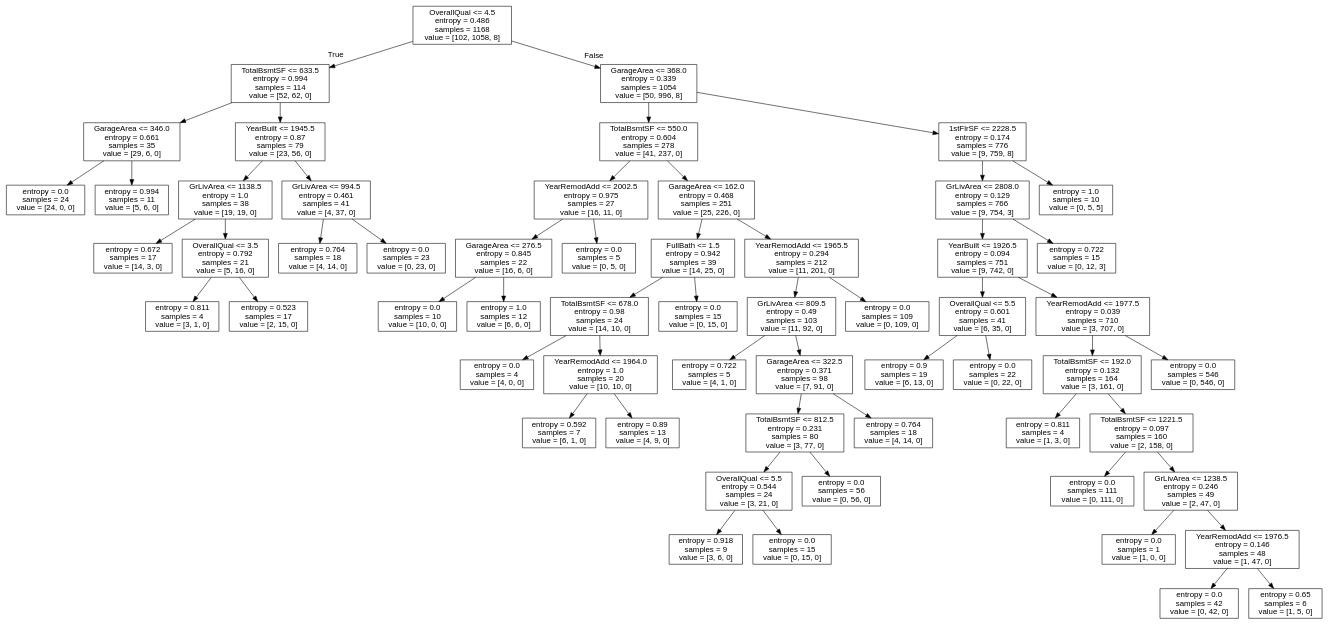
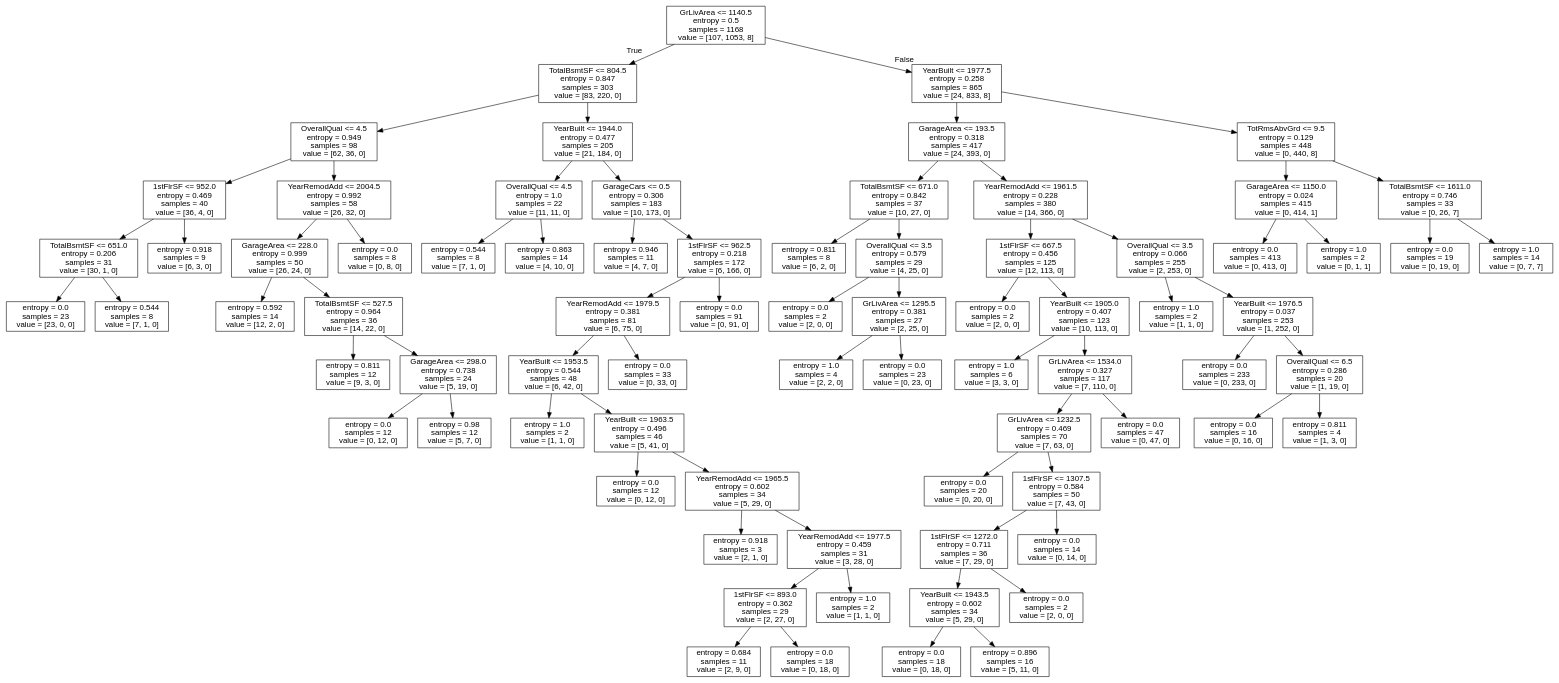
One commit to genomorro/unir changed the diagram in out/tree_dc.dot. Above: the diagram before and after it, drawn with Graphviz. The commit also changed 2 other files, not shown here.

```diff
--- a/out/tree_dc.dot
+++ b/out/tree_dc.dot
@@ -1,121 +1,157 @@
 digraph Tree {
 node [shape=box, fontname="helvetica"] ;
 edge [fontname="helvetica"] ;
-0 [label="OverallQual <= 4.5\nentropy = 0.486\nsamples = 1168\nvalue = [102, 1058, 8]"] ;
-1 [label="TotalBsmtSF <= 633.5\nentropy = 0.994\nsamples = 114\nvalue = [52, 62, 0]"] ;
+0 [label="GrLivArea <= 1140.5\nentropy = 0.5\nsamples = 1168\nvalue = [107, 1053, 8]"] ;
+1 [label="TotalBsmtSF <= 804.5\nentropy = 0.847\nsamples = 303\nvalue = [83, 220, 0]"] ;
 0 -> 1 [labeldistance=2.5, labelangle=45, headlabel="True"] ;
-2 [label="GarageArea <= 346.0\nentropy = 0.661\nsamples = 35\nvalue = [29, 6, 0]"] ;
+2 [label="OverallQual <= 4.5\nentropy = 0.949\nsamples = 98\nvalue = [62, 36, 0]"] ;
 1 -> 2 ;
-3 [label="entropy = 0.0\nsamples = 24\nvalue = [24, 0, 0]"] ;
+3 [label="1stFlrSF <= 952.0\nentropy = 0.469\nsamples = 40\nvalue = [36, 4, 0]"] ;
 2 -> 3 ;
-4 [label="entropy = 0.994\nsamples = 11\nvalue = [5, 6, 0]"] ;
-2 -> 4 ;
-5 [label="YearBuilt <= 1945.5\nentropy = 0.87\nsamples = 79\nvalue = [23, 56, 0]"] ;
-1 -> 5 ;
-6 [label="GrLivArea <= 1138.5\nentropy = 1.0\nsamples = 38\nvalue = [19, 19, 0]"] ;
-5 -> 6 ;
-7 [label="entropy = 0.672\nsamples = 17\nvalue = [14, 3, 0]"] ;
-6 -> 7 ;
-8 [label="OverallQual <= 3.5\nentropy = 0.792\nsamples = 21\nvalue = [5, 16, 0]"] ;
-6 -> 8 ;
-9 [label="entropy = 0.811\nsamples = 4\nvalue = [3, 1, 0]"] ;
+4 [label="TotalBsmtSF <= 651.0\nentropy = 0.206\nsamples = 31\nvalue = [30, 1, 0]"] ;
+3 -> 4 ;
+5 [label="entropy = 0.0\nsamples = 23\nvalue = [23, 0, 0]"] ;
+4 -> 5 ;
+6 [label="entropy = 0.544\nsamples = 8\nvalue = [7, 1, 0]"] ;
+4 -> 6 ;
+7 [label="entropy = 0.918\nsamples = 9\nvalue = [6, 3, 0]"] ;
+3 -> 7 ;
+8 [label="YearRemodAdd <= 2004.5\nentropy = 0.992\nsamples = 58\nvalue = [26, 32, 0]"] ;
+2 -> 8 ;
+9 [label="GarageArea <= 228.0\nentropy = 0.999\nsamples = 50\nvalue = [26, 24, 0]"] ;
 8 -> 9 ;
-10 [label="entropy = 0.523\nsamples = 17\nvalue = [2, 15, 0]"] ;
-8 -> 10 ;
-11 [label="GrLivArea <= 994.5\nentropy = 0.461\nsamples = 41\nvalue = [4, 37, 0]"] ;
-5 -> 11 ;
-12 [label="entropy = 0.764\nsamples = 18\nvalue = [4, 14, 0]"] ;
+10 [label="entropy = 0.592\nsamples = 14\nvalue = [12, 2, 0]"] ;
+9 -> 10 ;
+11 [label="TotalBsmtSF <= 527.5\nentropy = 0.964\nsamples = 36\nvalue = [14, 22, 0]"] ;
+9 -> 11 ;
+12 [label="entropy = 0.811\nsamples = 12\nvalue = [9, 3, 0]"] ;
 11 -> 12 ;
-13 [label="entropy = 0.0\nsamples = 23\nvalue = [0, 23, 0]"] ;
+13 [label="GarageArea <= 298.0\nentropy = 0.738\nsamples = 24\nvalue = [5, 19, 0]"] ;
 11 -> 13 ;
-14 [label="GarageArea <= 368.0\nentropy = 0.339\nsamples = 1054\nvalue = [50, 996, 8]"] ;
-0 -> 14 [labeldistance=2.5, labelangle=-45, headlabel="False"] ;
-15 [label="TotalBsmtSF <= 550.0\nentropy = 0.604\nsamples = 278\nvalue = [41, 237, 0]"] ;
-14 -> 15 ;
-16 [label="YearRemodAdd <= 2002.5\nentropy = 0.975\nsamples = 27\nvalue = [16, 11, 0]"] ;
-15 -> 16 ;
-17 [label="GarageArea <= 276.5\nentropy = 0.845\nsamples = 22\nvalue = [16, 6, 0]"] ;
-16 -> 17 ;
-18 [label="entropy = 0.0\nsamples = 10\nvalue = [10, 0, 0]"] ;
+14 [label="entropy = 0.0\nsamples = 12\nvalue = [0, 12, 0]"] ;
+13 -> 14 ;
+15 [label="entropy = 0.98\nsamples = 12\nvalue = [5, 7, 0]"] ;
+13 -> 15 ;
+16 [label="entropy = 0.0\nsamples = 8\nvalue = [0, 8, 0]"] ;
+8 -> 16 ;
+17 [label="YearBuilt <= 1944.0\nentropy = 0.477\nsamples = 205\nvalue = [21, 184, 0]"] ;
+1 -> 17 ;
+18 [label="OverallQual <= 4.5\nentropy = 1.0\nsamples = 22\nvalue = [11, 11, 0]"] ;
 17 -> 18 ;
-19 [label="entropy = 1.0\nsamples = 12\nvalue = [6, 6, 0]"] ;
-17 -> 19 ;
-20 [label="entropy = 0.0\nsamples = 5\nvalue = [0, 5, 0]"] ;
-16 -> 20 ;
-21 [label="GarageArea <= 162.0\nentropy = 0.468\nsamples = 251\nvalue = [25, 226, 0]"] ;
-15 -> 21 ;
-22 [label="FullBath <= 1.5\nentropy = 0.942\nsamples = 39\nvalue = [14, 25, 0]"] ;
+19 [label="entropy = 0.544\nsamples = 8\nvalue = [7, 1, 0]"] ;
+18 -> 19 ;
+20 [label="entropy = 0.863\nsamples = 14\nvalue = [4, 10, 0]"] ;
+18 -> 20 ;
+21 [label="GarageCars <= 0.5\nentropy = 0.306\nsamples = 183\nvalue = [10, 173, 0]"] ;
+17 -> 21 ;
+22 [label="entropy = 0.946\nsamples = 11\nvalue = [4, 7, 0]"] ;
 21 -> 22 ;
-23 [label="TotalBsmtSF <= 678.0\nentropy = 0.98\nsamples = 24\nvalue = [14, 10, 0]"] ;
-22 -> 23 ;
-24 [label="entropy = 0.0\nsamples = 4\nvalue = [4, 0, 0]"] ;
+23 [label="1stFlrSF <= 962.5\nentropy = 0.218\nsamples = 172\nvalue = [6, 166, 0]"] ;
+21 -> 23 ;
+24 [label="YearRemodAdd <= 1979.5\nentropy = 0.381\nsamples = 81\nvalue = [6, 75, 0]"] ;
 23 -> 24 ;
-25 [label="YearRemodAdd <= 1964.0\nentropy = 1.0\nsamples = 20\nvalue = [10, 10, 0]"] ;
-23 -> 25 ;
-26 [label="entropy = 0.592\nsamples = 7\nvalue = [6, 1, 0]"] ;
+25 [label="YearBuilt <= 1953.5\nentropy = 0.544\nsamples = 48\nvalue = [6, 42, 0]"] ;
+24 -> 25 ;
+26 [label="entropy = 1.0\nsamples = 2\nvalue = [1, 1, 0]"] ;
 25 -> 26 ;
-27 [label="entropy = 0.89\nsamples = 13\nvalue = [4, 9, 0]"] ;
+27 [label="YearBuilt <= 1963.5\nentropy = 0.496\nsamples = 46\nvalue = [5, 41, 0]"] ;
 25 -> 27 ;
-28 [label="entropy = 0.0\nsamples = 15\nvalue = [0, 15, 0]"] ;
-22 -> 28 ;
-29 [label="YearRemodAdd <= 1965.5\nentropy = 0.294\nsamples = 212\nvalue = [11, 201, 0]"] ;
-21 -> 29 ;
-30 [label="GrLivArea <= 809.5\nentropy = 0.49\nsamples = 103\nvalue = [11, 92, 0]"] ;
+28 [label="entropy = 0.0\nsamples = 12\nvalue = [0, 12, 0]"] ;
+27 -> 28 ;
+29 [label="YearRemodAdd <= 1965.5\nentropy = 0.602\nsamples = 34\nvalue = [5, 29, 0]"] ;
+27 -> 29 ;
+30 [label="entropy = 0.918\nsamples = 3\nvalue = [2, 1, 0]"] ;
 29 -> 30 ;
-31 [label="entropy = 0.722\nsamples = 5\nvalue = [4, 1, 0]"] ;
-30 -> 31 ;
-32 [label="GarageArea <= 322.5\nentropy = 0.371\nsamples = 98\nvalue = [7, 91, 0]"] ;
-30 -> 32 ;
-33 [label="TotalBsmtSF <= 812.5\nentropy = 0.231\nsamples = 80\nvalue = [3, 77, 0]"] ;
+31 [label="YearRemodAdd <= 1977.5\nentropy = 0.459\nsamples = 31\nvalue = [3, 28, 0]"] ;
+29 -> 31 ;
+32 [label="1stFlrSF <= 893.0\nentropy = 0.362\nsamples = 29\nvalue = [2, 27, 0]"] ;
+31 -> 32 ;
+33 [label="entropy = 0.684\nsamples = 11\nvalue = [2, 9, 0]"] ;
 32 -> 33 ;
-34 [label="OverallQual <= 5.5\nentropy = 0.544\nsamples = 24\nvalue = [3, 21, 0]"] ;
-33 -> 34 ;
-35 [label="entropy = 0.918\nsamples = 9\nvalue = [3, 6, 0]"] ;
-34 -> 35 ;
-36 [label="entropy = 0.0\nsamples = 15\nvalue = [0, 15, 0]"] ;
-34 -> 36 ;
-37 [label="entropy = 0.0\nsamples = 56\nvalue = [0, 56, 0]"] ;
-33 -> 37 ;
-38 [label="entropy = 0.764\nsamples = 18\nvalue = [4, 14, 0]"] ;
-32 -> 38 ;
-39 [label="entropy = 0.0\nsamples = 109\nvalue = [0, 109, 0]"] ;
-29 -> 39 ;
-40 [label="1stFlrSF <= 2228.5\nentropy = 0.174\nsamples = 776\nvalue = [9, 759, 8]"] ;
-14 -> 40 ;
-41 [label="GrLivArea <= 2808.0\nentropy = 0.129\nsamples = 766\nvalue = [9, 754, 3]"] ;
+34 [label="entropy = 0.0\nsamples = 18\nvalue = [0, 18, 0]"] ;
+32 -> 34 ;
+35 [label="entropy = 1.0\nsamples = 2\nvalue = [1, 1, 0]"] ;
+31 -> 35 ;
+36 [label="entropy = 0.0\nsamples = 33\nvalue = [0, 33, 0]"] ;
+24 -> 36 ;
+37 [label="entropy = 0.0\nsamples = 91\nvalue = [0, 91, 0]"] ;
+23 -> 37 ;
+38 [label="YearBuilt <= 1977.5\nentropy = 0.258\nsamples = 865\nvalue = [24, 833, 8]"] ;
+0 -> 38 [labeldistance=2.5, labelangle=-45, headlabel="False"] ;
+39 [label="GarageArea <= 193.5\nentropy = 0.318\nsamples = 417\nvalue = [24, 393, 0]"] ;
+38 -> 39 ;
+40 [label="TotalBsmtSF <= 671.0\nentropy = 0.842\nsamples = 37\nvalue = [10, 27, 0]"] ;
+39 -> 40 ;
+41 [label="entropy = 0.811\nsamples = 8\nvalue = [6, 2, 0]"] ;
 40 -> 41 ;
-42 [label="YearBuilt <= 1926.5\nentropy = 0.094\nsamples = 751\nvalue = [9, 742, 0]"] ;
-41 -> 42 ;
-43 [label="OverallQual <= 5.5\nentropy = 0.601\nsamples = 41\nvalue = [6, 35, 0]"] ;
+42 [label="OverallQual <= 3.5\nentropy = 0.579\nsamples = 29\nvalue = [4, 25, 0]"] ;
+40 -> 42 ;
+43 [label="entropy = 0.0\nsamples = 2\nvalue = [2, 0, 0]"] ;
 42 -> 43 ;
-44 [label="entropy = 0.9\nsamples = 19\nvalue = [6, 13, 0]"] ;
-43 -> 44 ;
-45 [label="entropy = 0.0\nsamples = 22\nvalue = [0, 22, 0]"] ;
-43 -> 45 ;
-46 [label="YearRemodAdd <= 1977.5\nentropy = 0.039\nsamples = 710\nvalue = [3, 707, 0]"] ;
-42 -> 46 ;
-47 [label="TotalBsmtSF <= 192.0\nentropy = 0.132\nsamples = 164\nvalue = [3, 161, 0]"] ;
-46 -> 47 ;
-48 [label="entropy = 0.811\nsamples = 4\nvalue = [1, 3, 0]"] ;
+44 [label="GrLivArea <= 1295.5\nentropy = 0.381\nsamples = 27\nvalue = [2, 25, 0]"] ;
+42 -> 44 ;
+45 [label="entropy = 1.0\nsamples = 4\nvalue = [2, 2, 0]"] ;
+44 -> 45 ;
+46 [label="entropy = 0.0\nsamples = 23\nvalue = [0, 23, 0]"] ;
+44 -> 46 ;
+47 [label="YearRemodAdd <= 1961.5\nentropy = 0.228\nsamples = 380\nvalue = [14, 366, 0]"] ;
+39 -> 47 ;
+48 [label="1stFlrSF <= 667.5\nentropy = 0.456\nsamples = 125\nvalue = [12, 113, 0]"] ;
 47 -> 48 ;
-49 [label="TotalBsmtSF <= 1221.5\nentropy = 0.097\nsamples = 160\nvalue = [2, 158, 0]"] ;
-47 -> 49 ;
-50 [label="entropy = 0.0\nsamples = 111\nvalue = [0, 111, 0]"] ;
-49 -> 50 ;
-51 [label="GrLivArea <= 1238.5\nentropy = 0.246\nsamples = 49\nvalue = [2, 47, 0]"] ;
-49 -> 51 ;
-52 [label="entropy = 0.0\nsamples = 1\nvalue = [1, 0, 0]"] ;
-51 -> 52 ;
-53 [label="YearRemodAdd <= 1976.5\nentropy = 0.146\nsamples = 48\nvalue = [1, 47, 0]"] ;
-51 -> 53 ;
-54 [label="entropy = 0.0\nsamples = 42\nvalue = [0, 42, 0]"] ;
+49 [label="entropy = 0.0\nsamples = 2\nvalue = [2, 0, 0]"] ;
+48 -> 49 ;
+50 [label="YearBuilt <= 1905.0\nentropy = 0.407\nsamples = 123\nvalue = [10, 113, 0]"] ;
+48 -> 50 ;
+51 [label="entropy = 1.0\nsamples = 6\nvalue = [3, 3, 0]"] ;
+50 -> 51 ;
+52 [label="GrLivArea <= 1534.0\nentropy = 0.327\nsamples = 117\nvalue = [7, 110, 0]"] ;
+50 -> 52 ;
+53 [label="GrLivArea <= 1232.5\nentropy = 0.469\nsamples = 70\nvalue = [7, 63, 0]"] ;
+52 -> 53 ;
+54 [label="entropy = 0.0\nsamples = 20\nvalue = [0, 20, 0]"] ;
 53 -> 54 ;
-55 [label="entropy = 0.65\nsamples = 6\nvalue = [1, 5, 0]"] ;
+55 [label="1stFlrSF <= 1307.5\nentropy = 0.584\nsamples = 50\nvalue = [7, 43, 0]"] ;
 53 -> 55 ;
-56 [label="entropy = 0.0\nsamples = 546\nvalue = [0, 546, 0]"] ;
-46 -> 56 ;
-57 [label="entropy = 0.722\nsamples = 15\nvalue = [0, 12, 3]"] ;
-41 -> 57 ;
-58 [label="entropy = 1.0\nsamples = 10\nvalue = [0, 5, 5]"] ;
-40 -> 58 ;
+56 [label="1stFlrSF <= 1272.0\nentropy = 0.711\nsamples = 36\nvalue = [7, 29, 0]"] ;
+55 -> 56 ;
+57 [label="YearBuilt <= 1943.5\nentropy = 0.602\nsamples = 34\nvalue = [5, 29, 0]"] ;
+56 -> 57 ;
+58 [label="entropy = 0.0\nsamples = 18\nvalue = [0, 18, 0]"] ;
+57 -> 58 ;
+59 [label="entropy = 0.896\nsamples = 16\nvalue = [5, 11, 0]"] ;
+57 -> 59 ;
+60 [label="entropy = 0.0\nsamples = 2\nvalue = [2, 0, 0]"] ;
+56 -> 60 ;
+61 [label="entropy = 0.0\nsamples = 14\nvalue = [0, 14, 0]"] ;
+55 -> 61 ;
+62 [label="entropy = 0.0\nsamples = 47\nvalue = [0, 47, 0]"] ;
+52 -> 62 ;
+63 [label="OverallQual <= 3.5\nentropy = 0.066\nsamples = 255\nvalue = [2, 253, 0]"] ;
+47 -> 63 ;
+64 [label="entropy = 1.0\nsamples = 2\nvalue = [1, 1, 0]"] ;
+63 -> 64 ;
+65 [label="YearBuilt <= 1976.5\nentropy = 0.037\nsamples = 253\nvalue = [1, 252, 0]"] ;
+63 -> 65 ;
+66 [label="entropy = 0.0\nsamples = 233\nvalue = [0, 233, 0]"] ;
+65 -> 66 ;
+67 [label="OverallQual <= 6.5\nentropy = 0.286\nsamples = 20\nvalue = [1, 19, 0]"] ;
+65 -> 67 ;
+68 [label="entropy = 0.0\nsamples = 16\nvalue = [0, 16, 0]"] ;
+67 -> 68 ;
+69 [label="entropy = 0.811\nsamples = 4\nvalue = [1, 3, 0]"] ;
+67 -> 69 ;
+70 [label="TotRmsAbvGrd <= 9.5\nentropy = 0.129\nsamples = 448\nvalue = [0, 440, 8]"] ;
+38 -> 70 ;
+71 [label="GarageArea <= 1150.0\nentropy = 0.024\nsamples = 415\nvalue = [0, 414, 1]"] ;
+70 -> 71 ;
+72 [label="entropy = 0.0\nsamples = 413\nvalue = [0, 413, 0]"] ;
+71 -> 72 ;
+73 [label="entropy = 1.0\nsamples = 2\nvalue = [0, 1, 1]"] ;
+71 -> 73 ;
+74 [label="TotalBsmtSF <= 1611.0\nentropy = 0.746\nsamples = 33\nvalue = [0, 26, 7]"] ;
+70 -> 74 ;
+75 [label="entropy = 0.0\nsamples = 19\nvalue = [0, 19, 0]"] ;
+74 -> 75 ;
+76 [label="entropy = 1.0\nsamples = 14\nvalue = [0, 7, 7]"] ;
+74 -> 76 ;
 }
```
